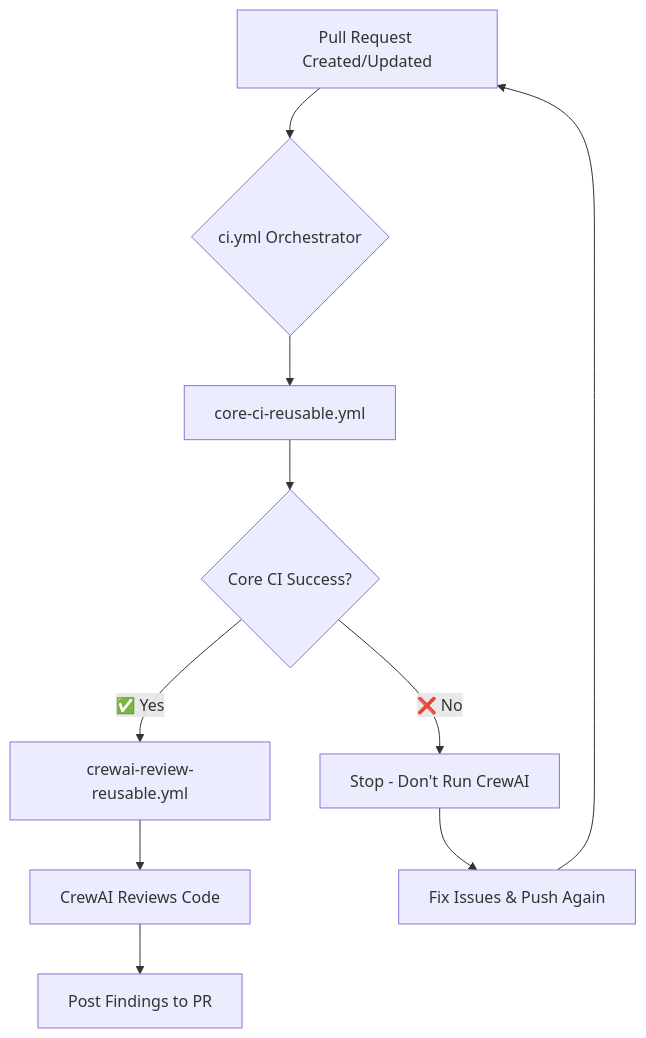
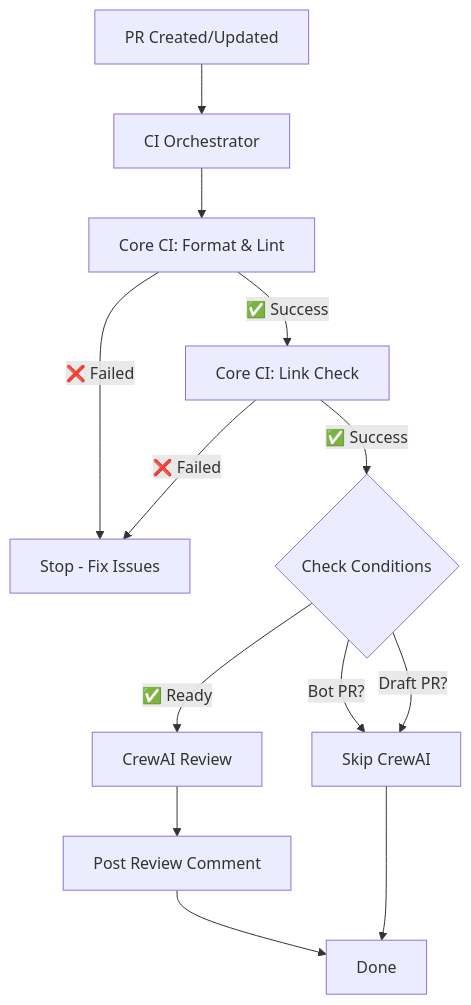
One commit to borealBytes/startup-blueprint changed the diagram in .github/workflows/README.md. Above: the diagram before and after it, drawn with Mermaid. The commit also changed other lines of this file, not shown here.

First line of the commit message:
docs(ci): document orchestrated workflow architecture

````diff
--- a/.github/workflows/README.md
+++ b/.github/workflows/README.md
@@ -81,12 +91,15 @@
 ```mermaid
 graph TD
-    A[Pull Request Created/Updated] --> B{ci.yml Orchestrator}
-    B --> C[core-ci-reusable.yml]
-    C --> D{Core CI Success?}
-    D -->|✅ Yes| E[crewai-review-reusable.yml]
-    D -->|❌ No| F[Stop - Don't Run CrewAI]
-    E --> G[CrewAI Reviews Code]
-    G --> H[Post Findings to PR]
-    F --> I[Fix Issues & Push Again]
-    I --> A
+    A[PR Created/Updated] --> B[CI Orchestrator]
+    B --> C[Core CI: Format & Lint]
+    C -->|✅ Success| D[Core CI: Link Check]
+    C -->|❌ Failed| E[Stop - Fix Issues]
+    D -->|✅ Success| F{Check Conditions}
+    D -->|❌ Failed| E
+    F -->|Bot PR?| G[Skip CrewAI]
+    F -->|Draft PR?| G
+    F -->|✅ Ready| H[CrewAI Review]
+    H --> I[Post Review Comment]
+    I --> J[Done]
+    G --> J
 ```
````
